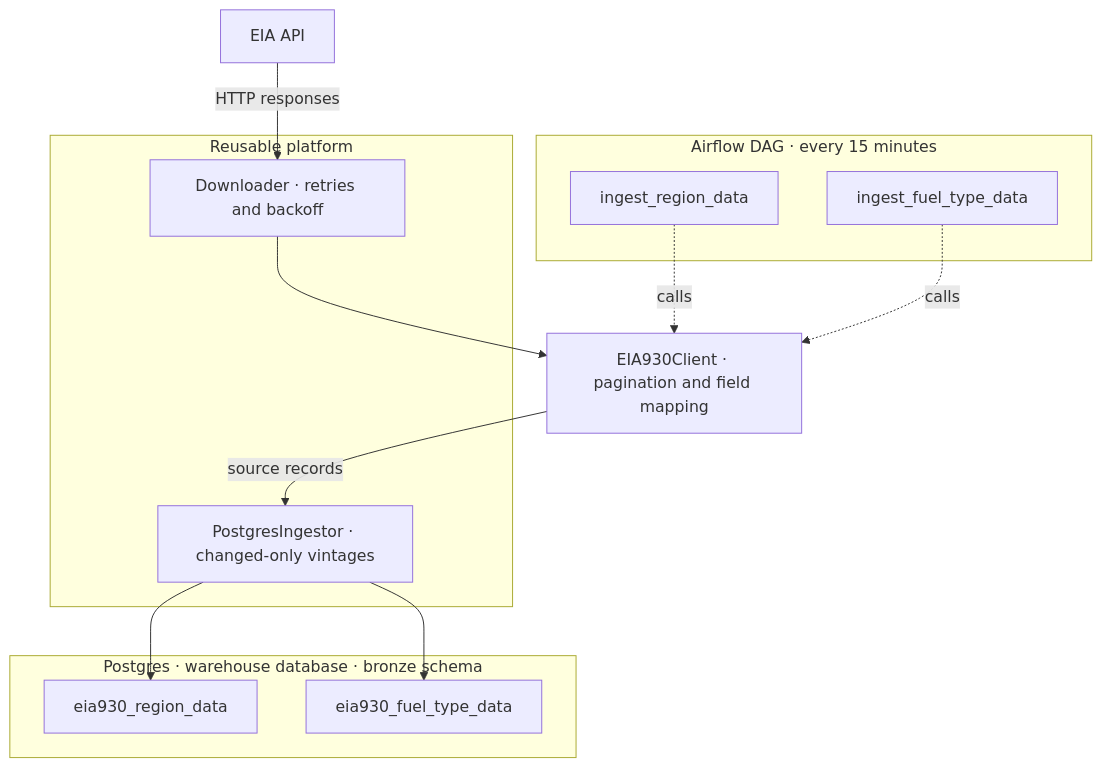
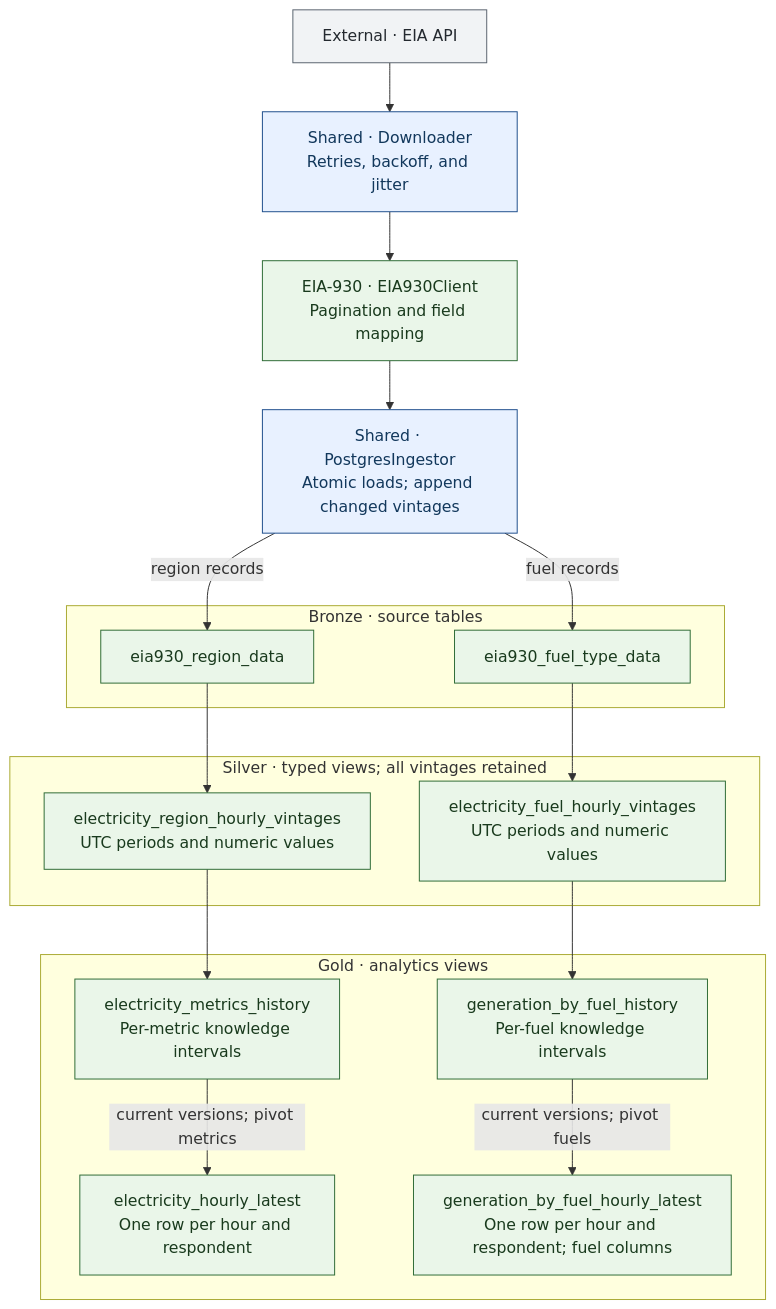
Before and after one commit to chuanbinp/data-platform: the second of 2 diagrams in README.md, drawn with Mermaid. The commit also changed other lines of this file and 32 other files, not shown here.

Commit message:
Add dbt, add silver and gold layers, improve logging

````diff
--- a/README.md
+++ b/README.md
@@ -53,25 +86,39 @@
 ```mermaid
 flowchart TD
-    subgraph dag["Airflow DAG · every 15 minutes"]
-        region[ingest_region_data]
-        fuel[ingest_fuel_type_data]
+    api["External · EIA API"]
+    download["Shared · Downloader<br/>Retries, backoff, and jitter"]
+    client["EIA-930 · EIA930Client<br/>Pagination and field mapping"]
+    ingest["Shared · PostgresIngestor<br/>Atomic loads; append changed vintages"]
+    api --> download --> client --> ingest
+
+    subgraph bronze["Bronze · source tables"]
+        region_raw["eia930_region_data"]
+        fuel_raw["eia930_fuel_type_data"]
     end
+    ingest -->|region records| region_raw
+    ingest -->|fuel records| fuel_raw
 
-    subgraph platform["Reusable platform"]
-        downloader["Downloader · retries and backoff"]
-        ingestor["PostgresIngestor · changed-only vintages"]
+    subgraph silver["Silver · typed views; all vintages retained"]
+        region_typed["electricity_region_hourly_vintages<br/>UTC periods and numeric values"]
+        fuel_typed["electricity_fuel_hourly_vintages<br/>UTC periods and numeric values"]
     end
+    region_raw --> region_typed
+    fuel_raw --> fuel_typed
 
-    api[EIA API] -->|HTTP responses| downloader
-    downloader --> client["EIA930Client · pagination and field mapping"]
-    region -.->|calls| client
-    fuel -.->|calls| client
-    client -->|source records| ingestor
+    subgraph gold["Gold · analytics views"]
+        region_history["electricity_metrics_history<br/>Per-metric knowledge intervals"]
+        region_latest["electricity_hourly_latest<br/>One row per hour and respondent"]
+        fuel_history["generation_by_fuel_history<br/>Per-fuel knowledge intervals"]
+        fuel_latest["generation_by_fuel_hourly_latest<br/>One row per hour and respondent; fuel columns"]
+        region_history -->|current versions; pivot metrics| region_latest
+        fuel_history -->|current versions; pivot fuels| fuel_latest
+    end
+    region_typed --> region_history
+    fuel_typed --> fuel_history
 
-    subgraph bronze["Postgres · warehouse database · bronze schema"]
-        region_table[eia930_region_data]
-        fuel_table[eia930_fuel_type_data]
-    end
-    ingestor --> region_table
-    ingestor --> fuel_table
+    classDef default fill:#eaf6e9,stroke:#2e6b35,color:#193a1d
+    classDef shared fill:#e8f1ff,stroke:#1e4e8c,color:#12385c
+    classDef external fill:#f1f3f5,stroke:#59636e,color:#24292f
+    class download,ingest shared
+    class api external
 ```
````
